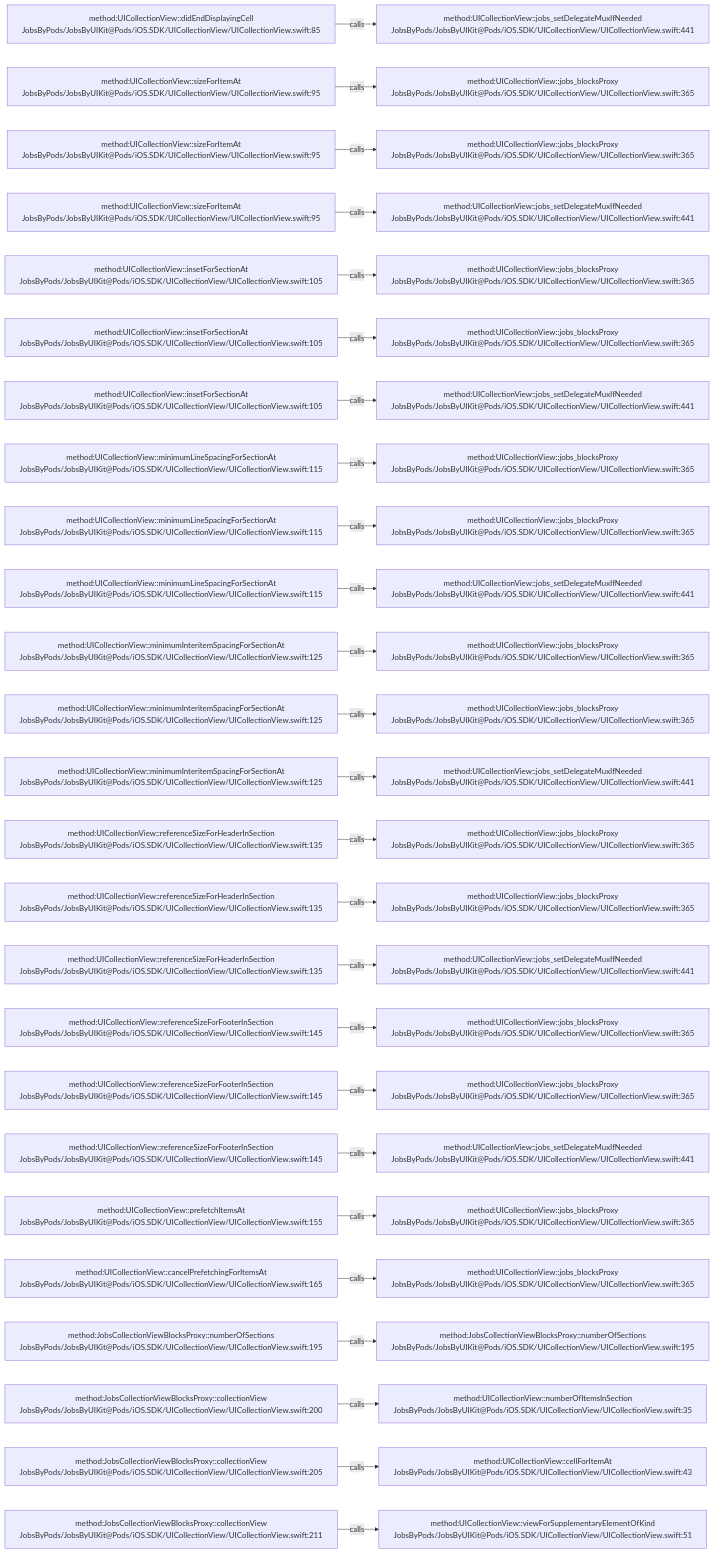
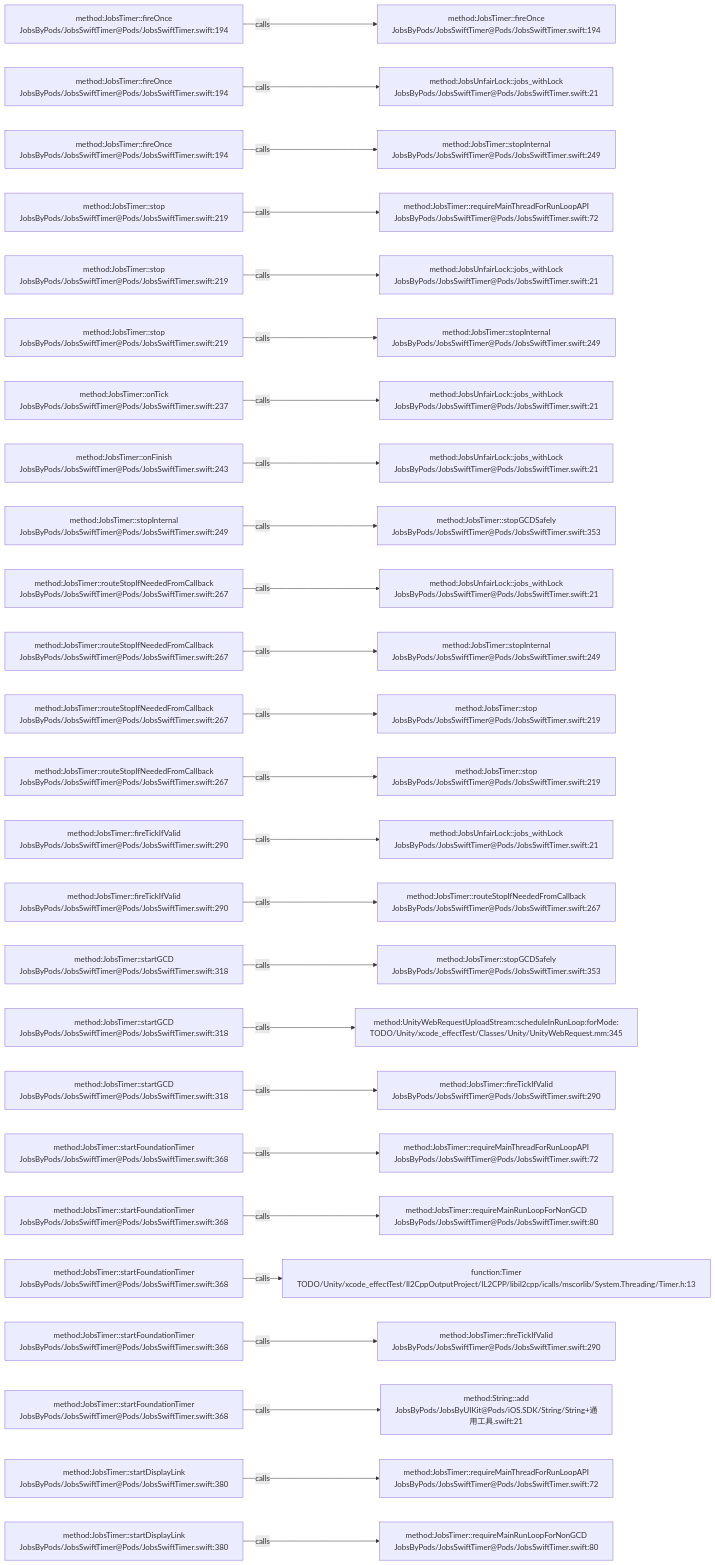
One commit to JobsKits/JobsSwiftBaseConfigDemo changed the diagram in .codegraph/codegraph.md/graphs/calls-060.md. Above: the diagram before and after it, drawn with Mermaid. The commit also changed 569 other files, not shown here.

````diff
--- a/.codegraph/codegraph.md/graphs/calls-060.md
+++ b/.codegraph/codegraph.md/graphs/calls-060.md
@@ -13,78 +13,78 @@
 ```mermaid
 flowchart LR
-  S1["method:UICollectionView::didEndDisplayingCell<br/>JobsByPods/JobsByUIKit@Pods/iOS.SDK/UICollectionView/UICollectionView.swift:85"]
-  T1["method:UICollectionView::jobs_setDelegateMuxIfNeeded<br/>JobsByPods/JobsByUIKit@Pods/iOS.SDK/UICollectionView/UICollectionView.swift:441"]
+  S1["method:JobsTimer::fireOnce<br/>JobsByPods/JobsSwiftTimer@Pods/JobsSwiftTimer.swift:194"]
+  T1["method:JobsTimer::fireOnce<br/>JobsByPods/JobsSwiftTimer@Pods/JobsSwiftTimer.swift:194"]
   S1 -->|calls| T1
-  S2["method:UICollectionView::sizeForItemAt<br/>JobsByPods/JobsByUIKit@Pods/iOS.SDK/UICollectionView/UICollectionView.swift:95"]
-  T2["method:UICollectionView::jobs_blocksProxy<br/>JobsByPods/JobsByUIKit@Pods/iOS.SDK/UICollectionView/UICollectionView.swift:365"]
+  S2["method:JobsTimer::fireOnce<br/>JobsByPods/JobsSwiftTimer@Pods/JobsSwiftTimer.swift:194"]
+  T2["method:JobsUnfairLock::jobs_withLock<br/>JobsByPods/JobsSwiftTimer@Pods/JobsSwiftTimer.swift:21"]
   S2 -->|calls| T2
-  S3["method:UICollectionView::sizeForItemAt<br/>JobsByPods/JobsByUIKit@Pods/iOS.SDK/UICollectionView/UICollectionView.swift:95"]
-  T3["method:UICollectionView::jobs_blocksProxy<br/>JobsByPods/JobsByUIKit@Pods/iOS.SDK/UICollectionView/UICollectionView.swift:365"]
+  S3["method:JobsTimer::fireOnce<br/>JobsByPods/JobsSwiftTimer@Pods/JobsSwiftTimer.swift:194"]
+  T3["method:JobsTimer::stopInternal<br/>JobsByPods/JobsSwiftTimer@Pods/JobsSwiftTimer.swift:249"]
   S3 -->|calls| T3
-  S4["method:UICollectionView::sizeForItemAt<br/>JobsByPods/JobsByUIKit@Pods/iOS.SDK/UICollectionView/UICollectionView.swift:95"]
-  T4["method:UICollectionView::jobs_setDelegateMuxIfNeeded<br/>JobsByPods/JobsByUIKit@Pods/iOS.SDK/UICollectionView/UICollectionView.swift:441"]
+  S4["method:JobsTimer::stop<br/>JobsByPods/JobsSwiftTimer@Pods/JobsSwiftTimer.swift:219"]
+  T4["method:JobsTimer::requireMainThreadForRunLoopAPI<br/>JobsByPods/JobsSwiftTimer@Pods/JobsSwiftTimer.swift:72"]
   S4 -->|calls| T4
-  S5["method:UICollectionView::insetForSectionAt<br/>JobsByPods/JobsByUIKit@Pods/iOS.SDK/UICollectionView/UICollectionView.swift:105"]
-  T5["method:UICollectionView::jobs_blocksProxy<br/>JobsByPods/JobsByUIKit@Pods/iOS.SDK/UICollectionView/UICollectionView.swift:365"]
+  S5["method:JobsTimer::stop<br/>JobsByPods/JobsSwiftTimer@Pods/JobsSwiftTimer.swift:219"]
+  T5["method:JobsUnfairLock::jobs_withLock<br/>JobsByPods/JobsSwiftTimer@Pods/JobsSwiftTimer.swift:21"]
   S5 -->|calls| T5
-  S6["method:UICollectionView::insetForSectionAt<br/>JobsByPods/JobsByUIKit@Pods/iOS.SDK/UICollectionView/UICollectionView.swift:105"]
-  T6["method:UICollectionView::jobs_blocksProxy<br/>JobsByPods/JobsByUIKit@Pods/iOS.SDK/UICollectionView/UICollectionView.swift:365"]
+  S6["method:JobsTimer::stop<br/>JobsByPods/JobsSwiftTimer@Pods/JobsSwiftTimer.swift:219"]
+  T6["method:JobsTimer::stopInternal<br/>JobsByPods/JobsSwiftTimer@Pods/JobsSwiftTimer.swift:249"]
   S6 -->|calls| T6
-  S7["method:UICollectionView::insetForSectionAt<br/>JobsByPods/JobsByUIKit@Pods/iOS.SDK/UICollectionView/UICollectionView.swift:105"]
-  T7["method:UICollectionView::jobs_setDelegateMuxIfNeeded<br/>JobsByPods/JobsByUIKit@Pods/iOS.SDK/UICollectionView/UICollectionView.swift:441"]
+  S7["method:JobsTimer::onTick<br/>JobsByPods/JobsSwiftTimer@Pods/JobsSwiftTimer.swift:237"]
+  T7["method:JobsUnfairLock::jobs_withLock<br/>JobsByPods/JobsSwiftTimer@Pods/JobsSwiftTimer.swift:21"]
   S7 -->|calls| T7
-  S8["method:UICollectionView::minimumLineSpacingForSectionAt<br/>JobsByPods/JobsByUIKit@Pods/iOS.SDK/UICollectionView/UICollectionView.swift:115"]
-  T8["method:UICollectionView::jobs_blocksProxy<br/>JobsByPods/JobsByUIKit@Pods/iOS.SDK/UICollectionView/UICollectionView.swift:365"]
+  S8["method:JobsTimer::onFinish<br/>JobsByPods/JobsSwiftTimer@Pods/JobsSwiftTimer.swift:243"]
+  T8["method:JobsUnfairLock::jobs_withLock<br/>JobsByPods/JobsSwiftTimer@Pods/JobsSwiftTimer.swift:21"]
   S8 -->|calls| T8
-  S9["method:UICollectionView::minimumLineSpacingForSectionAt<br/>JobsByPods/JobsByUIKit@Pods/iOS.SDK/UICollectionView/UICollectionView.swift:115"]
-  T9["method:UICollectionView::jobs_blocksProxy<br/>JobsByPods/JobsByUIKit@Pods/iOS.SDK/UICollectionView/UICollectionView.swift:365"]
+  S9["method:JobsTimer::stopInternal<br/>JobsByPods/JobsSwiftTimer@Pods/JobsSwiftTimer.swift:249"]
+  T9["method:JobsTimer::stopGCDSafely<br/>JobsByPods/JobsSwiftTimer@Pods/JobsSwiftTimer.swift:353"]
   S9 -->|calls| T9
-  S10["method:UICollectionView::minimumLineSpacingForSectionAt<br/>JobsByPods/JobsByUIKit@Pods/iOS.SDK/UICollectionView/UICollectionView.swift:115"]
-  T10["method:UICollectionView::jobs_setDelegateMuxIfNeeded<br/>JobsByPods/JobsByUIKit@Pods/iOS.SDK/UICollectionView/UICollectionView.swift:441"]
+  S10["method:JobsTimer::routeStopIfNeededFromCallback<br/>JobsByPods/JobsSwiftTimer@Pods/JobsSwiftTimer.swift:267"]
+  T10["method:JobsUnfairLock::jobs_withLock<br/>JobsByPods/JobsSwiftTimer@Pods/JobsSwiftTimer.swift:21"]
   S10 -->|calls| T10
-  S11["method:UICollectionView::minimumInteritemSpacingForSectionAt<br/>JobsByPods/JobsByUIKit@Pods/iOS.SDK/UICollectionView/UICollectionView.swift:125"]
-  T11["method:UICollectionView::jobs_blocksProxy<br/>JobsByPods/JobsByUIKit@Pods/iOS.SDK/UICollectionView/UICollectionView.swift:365"]
+  S11["method:JobsTimer::routeStopIfNeededFromCallback<br/>JobsByPods/JobsSwiftTimer@Pods/JobsSwiftTimer.swift:267"]
+  T11["method:JobsTimer::stopInternal<br/>JobsByPods/JobsSwiftTimer@Pods/JobsSwiftTimer.swift:249"]
   S11 -->|calls| T11
-  S12["method:UICollectionView::minimumInteritemSpacingForSectionAt<br/>JobsByPods/JobsByUIKit@Pods/iOS.SDK/UICollectionView/UICollectionView.swift:125"]
-  T12["method:UICollectionView::jobs_blocksProxy<br/>JobsByPods/JobsByUIKit@Pods/iOS.SDK/UICollectionView/UICollectionView.swift:365"]
+  S12["method:JobsTimer::routeStopIfNeededFromCallback<br/>JobsByPods/JobsSwiftTimer@Pods/JobsSwiftTimer.swift:267"]
+  T12["method:JobsTimer::stop<br/>JobsByPods/JobsSwiftTimer@Pods/JobsSwiftTimer.swift:219"]
   S12 -->|calls| T12
-  S13["method:UICollectionView::minimumInteritemSpacingForSectionAt<br/>JobsByPods/JobsByUIKit@Pods/iOS.SDK/UICollectionView/UICollectionView.swift:125"]
-  T13["method:UICollectionView::jobs_setDelegateMuxIfNeeded<br/>JobsByPods/JobsByUIKit@Pods/iOS.SDK/UICollectionView/UICollectionView.swift:441"]
+  S13["method:JobsTimer::routeStopIfNeededFromCallback<br/>JobsByPods/JobsSwiftTimer@Pods/JobsSwiftTimer.swift:267"]
+  T13["method:JobsTimer::stop<br/>JobsByPods/JobsSwiftTimer@Pods/JobsSwiftTimer.swift:219"]
   S13 -->|calls| T13
-  S14["method:UICollectionView::referenceSizeForHeaderInSection<br/>JobsByPods/JobsByUIKit@Pods/iOS.SDK/UICollectionView/UICollectionView.swift:135"]
-  T14["method:UICollectionView::jobs_blocksProxy<br/>JobsByPods/JobsByUIKit@Pods/iOS.SDK/UICollectionView/UICollectionView.swift:365"]
+  S14["method:JobsTimer::fireTickIfValid<br/>JobsByPods/JobsSwiftTimer@Pods/JobsSwiftTimer.swift:290"]
+  T14["method:JobsUnfairLock::jobs_withLock<br/>JobsByPods/JobsSwiftTimer@Pods/JobsSwiftTimer.swift:21"]
   S14 -->|calls| T14
-  S15["method:UICollectionView::referenceSizeForHeaderInSection<br/>JobsByPods/JobsByUIKit@Pods/iOS.SDK/UICollectionView/UICollectionView.swift:135"]
-  T15["method:UICollectionView::jobs_blocksProxy<br/>JobsByPods/JobsByUIKit@Pods/iOS.SDK/UICollectionView/UICollectionView.swift:365"]
+  S15["method:JobsTimer::fireTickIfValid<br/>JobsByPods/JobsSwiftTimer@Pods/JobsSwiftTimer.swift:290"]
+  T15["method:JobsTimer::routeStopIfNeededFromCallback<br/>JobsByPods/JobsSwiftTimer@Pods/JobsSwiftTimer.swift:267"]
   S15 -->|calls| T15
-  S16["method:UICollectionView::referenceSizeForHeaderInSection<br/>JobsByPods/JobsByUIKit@Pods/iOS.SDK/UICollectionView/UICollectionView.swift:135"]
-  T16["method:UICollectionView::jobs_setDelegateMuxIfNeeded<br/>JobsByPods/JobsByUIKit@Pods/iOS.SDK/UICollectionView/UICollectionView.swift:441"]
+  S16["method:JobsTimer::startGCD<br/>JobsByPods/JobsSwiftTimer@Pods/JobsSwiftTimer.swift:318"]
+  T16["method:JobsTimer::stopGCDSafely<br/>JobsByPods/JobsSwiftTimer@Pods/JobsSwiftTimer.swift:353"]
   S16 -->|calls| T16
-  S17["method:UICollectionView::referenceSizeForFooterInSection<br/>JobsByPods/JobsByUIKit@Pods/iOS.SDK/UICollectionView/UICollectionView.swift:145"]
-  T17["method:UICollectionView::jobs_blocksProxy<br/>JobsByPods/JobsByUIKit@Pods/iOS.SDK/UICollectionView/UICollectionView.swift:365"]
+  S17["method:JobsTimer::startGCD<br/>JobsByPods/JobsSwiftTimer@Pods/JobsSwiftTimer.swift:318"]
+  T17["method:UnityWebRequestUploadStream::scheduleInRunLoop:forMode:<br/>TODO/Unity/xcode_effectTest/Classes/Unity/UnityWebRequest.mm:345"]
   S17 -->|calls| T17
-  S18["method:UICollectionView::referenceSizeForFooterInSection<br/>JobsByPods/JobsByUIKit@Pods/iOS.SDK/UICollectionView/UICollectionView.swift:145"]
-  T18["method:UICollectionView::jobs_blocksProxy<br/>JobsByPods/JobsByUIKit@Pods/iOS.SDK/UICollectionView/UICollectionView.swift:365"]
+  S18["method:JobsTimer::startGCD<br/>JobsByPods/JobsSwiftTimer@Pods/JobsSwiftTimer.swift:318"]
+  T18["method:JobsTimer::fireTickIfValid<br/>JobsByPods/JobsSwiftTimer@Pods/JobsSwiftTimer.swift:290"]
   S18 -->|calls| T18
-  S19["method:UICollectionView::referenceSizeForFooterInSection<br/>JobsByPods/JobsByUIKit@Pods/iOS.SDK/UICollectionView/UICollectionView.swift:145"]
-  T19["method:UICollectionView::jobs_setDelegateMuxIfNeeded<br/>JobsByPods/JobsByUIKit@Pods/iOS.SDK/UICollectionView/UICollectionView.swift:441"]
+  S19["method:JobsTimer::startFoundationTimer<br/>JobsByPods/JobsSwiftTimer@Pods/JobsSwiftTimer.swift:368"]
+  T19["method:JobsTimer::requireMainThreadForRunLoopAPI<br/>JobsByPods/JobsSwiftTimer@Pods/JobsSwiftTimer.swift:72"]
   S19 -->|calls| T19
-  S20["method:UICollectionView::prefetchItemsAt<br/>JobsByPods/JobsByUIKit@Pods/iOS.SDK/UICollectionView/UICollectionView.swift:155"]
-  T20["method:UICollectionView::jobs_blocksProxy<br/>JobsByPods/JobsByUIKit@Pods/iOS.SDK/UICollectionView/UICollectionView.swift:365"]
+  S20["method:JobsTimer::startFoundationTimer<br/>JobsByPods/JobsSwiftTimer@Pods/JobsSwiftTimer.swift:368"]
+  T20["method:JobsTimer::requireMainRunLoopForNonGCD<br/>JobsByPods/JobsSwiftTimer@Pods/JobsSwiftTimer.swift:80"]
   S20 -->|calls| T20
-  S21["method:UICollectionView::cancelPrefetchingForItemsAt<br/>JobsByPods/JobsByUIKit@Pods/iOS.SDK/UICollectionView/UICollectionView.swift:165"]
-  T21["method:UICollectionView::jobs_blocksProxy<br/>JobsByPods/JobsByUIKit@Pods/iOS.SDK/UICollectionView/UICollectionView.swift:365"]
+  S21["method:JobsTimer::startFoundationTimer<br/>JobsByPods/JobsSwiftTimer@Pods/JobsSwiftTimer.swift:368"]
+  T21["function:Timer<br/>TODO/Unity/xcode_effectTest/Il2CppOutputProject/IL2CPP/libil2cpp/icalls/mscorlib/System.Threading/Timer.h:13"]
   S21 -->|calls| T21
-  S22["method:JobsCollectionViewBlocksProxy::numberOfSections<br/>JobsByPods/JobsByUIKit@Pods/iOS.SDK/UICollectionView/UICollectionView.swift:195"]
-  T22["method:JobsCollectionViewBlocksProxy::numberOfSections<br/>JobsByPods/JobsByUIKit@Pods/iOS.SDK/UICollectionView/UICollectionView.swift:195"]
+  S22["method:JobsTimer::startFoundationTimer<br/>JobsByPods/JobsSwiftTimer@Pods/JobsSwiftTimer.swift:368"]
+  T22["method:JobsTimer::fireTickIfValid<br/>JobsByPods/JobsSwiftTimer@Pods/JobsSwiftTimer.swift:290"]
   S22 -->|calls| T22
-  S23["method:JobsCollectionViewBlocksProxy::collectionView<br/>JobsByPods/JobsByUIKit@Pods/iOS.SDK/UICollectionView/UICollectionView.swift:200"]
-  T23["method:UICollectionView::numberOfItemsInSection<br/>JobsByPods/JobsByUIKit@Pods/iOS.SDK/UICollectionView/UICollectionView.swift:35"]
+  S23["method:JobsTimer::startFoundationTimer<br/>JobsByPods/JobsSwiftTimer@Pods/JobsSwiftTimer.swift:368"]
+  T23["method:String::add<br/>JobsByPods/JobsByUIKit@Pods/iOS.SDK/String/String+通用工具.swift:21"]
   S23 -->|calls| T23
-  S24["method:JobsCollectionViewBlocksProxy::collectionView<br/>JobsByPods/JobsByUIKit@Pods/iOS.SDK/UICollectionView/UICollectionView.swift:205"]
-  T24["method:UICollectionView::cellForItemAt<br/>JobsByPods/JobsByUIKit@Pods/iOS.SDK/UICollectionView/UICollectionView.swift:43"]
+  S24["method:JobsTimer::startDisplayLink<br/>JobsByPods/JobsSwiftTimer@Pods/JobsSwiftTimer.swift:380"]
+  T24["method:JobsTimer::requireMainThreadForRunLoopAPI<br/>JobsByPods/JobsSwiftTimer@Pods/JobsSwiftTimer.swift:72"]
   S24 -->|calls| T24
-  S25["method:JobsCollectionViewBlocksProxy::collectionView<br/>JobsByPods/JobsByUIKit@Pods/iOS.SDK/UICollectionView/UICollectionView.swift:211"]
-  T25["method:UICollectionView::viewForSupplementaryElementOfKind<br/>JobsByPods/JobsByUIKit@Pods/iOS.SDK/UICollectionView/UICollectionView.swift:51"]
+  S25["method:JobsTimer::startDisplayLink<br/>JobsByPods/JobsSwiftTimer@Pods/JobsSwiftTimer.swift:380"]
+  T25["method:JobsTimer::requireMainRunLoopForNonGCD<br/>JobsByPods/JobsSwiftTimer@Pods/JobsSwiftTimer.swift:80"]
   S25 -->|calls| T25
 ```
````
